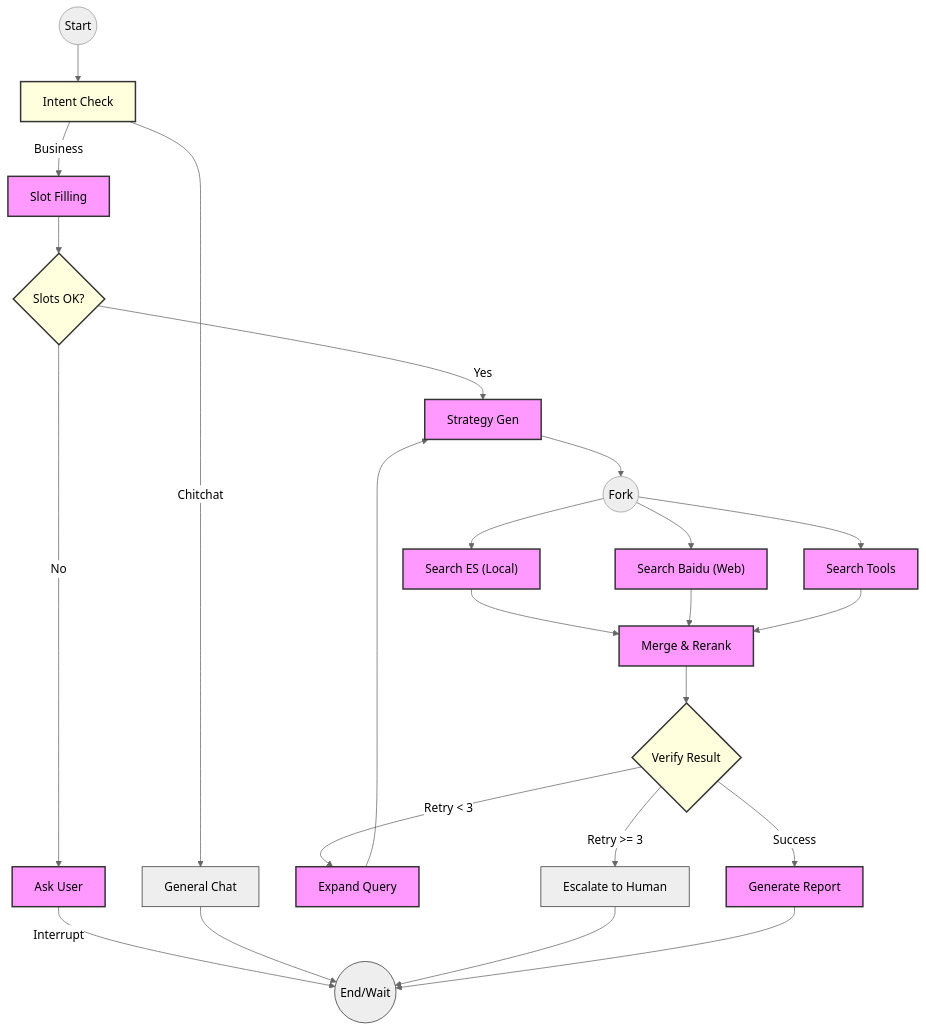
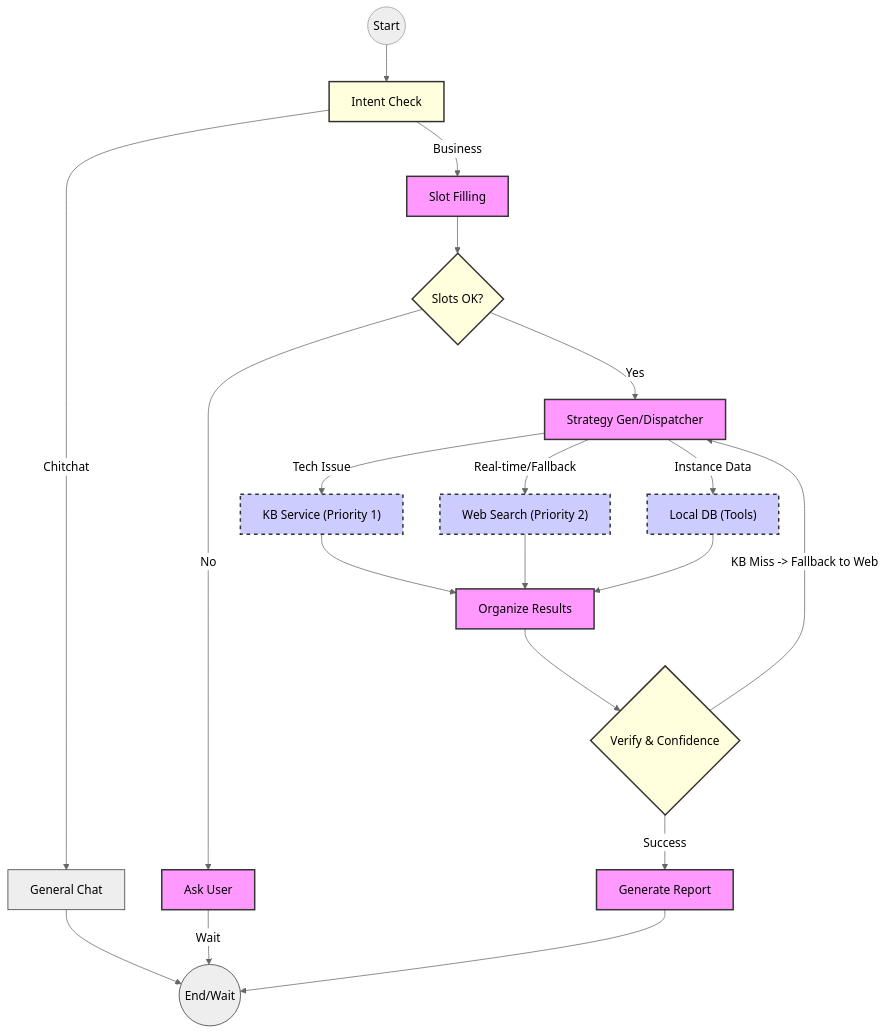
The diagram in backend/app/WORKFLOW_ENGINE_DESIGN.md (deyongTang/its_multi_agent), drawn with Mermaid (neutral theme) before and after one commit. The commit also changed other lines of this file and 81 other files, not shown here.

````diff
--- a/backend/app/WORKFLOW_ENGINE_DESIGN.md
+++ b/backend/app/WORKFLOW_ENGINE_DESIGN.md
@@ -118,47 +67,37 @@
 ```mermaid
 graph TD
     %% 定义节点样式
     classDef action fill:#f9f,stroke:#333,stroke-width:2px;
     classDef check fill:#ffd,stroke:#333,stroke-width:2px;
     classDef endNode fill:#eee,stroke:#333,stroke-width:1px;
+    classDef external fill:#ccf,stroke:#333,stroke-width:2px,stroke-dasharray: 5 5;
 
-    %% 入口与意图
     __start__((Start)) --> node_intent[Intent Check]:::check
     
-    %% 路由分支
     node_intent -- Chitchat --> node_general_chat[General Chat]:::endNode
     node_intent -- Business --> node_slot_filling[Slot Filling]:::action
     
-    %% 槽位循环
     node_slot_filling --> check_slots{Slots OK?}:::check
     check_slots -- No --> node_ask_user[Ask User]:::action
-    node_ask_user -- Interrupt --> __end__((End/Wait)):::endNode
+    node_ask_user -- Wait --> __end__((End/Wait)):::endNode
     
-    %% 策略生成
-    check_slots -- Yes --> node_strategy_gen[Strategy Gen]:::action
+    check_slots -- Yes --> node_strategy_gen[Strategy Gen/Dispatcher]:::action
     
-    %% 并行执行 (Fan-Out)
-    node_strategy_gen --> fork_point((Fork))
-    fork_point --> node_search_es["Search ES (Local)"]:::action
-    fork_point --> node_search_baidu["Search Baidu (Web)"]:::action
-    fork_point --> node_search_tools["Search Tools"]:::action
-    
-    %% 结果汇聚 (Fan-In)
-    node_search_es --> node_merge_rerank[Merge & Rerank]:::action
-    node_search_baidu --> node_merge_rerank
-    node_search_tools --> node_merge_rerank
-    
-    %% 结果校验与重试
-    node_merge_rerank --> node_verify{Verify Result}:::check
-    
-    node_verify -- "Retry < 3" --> node_expand_query[Expand Query]:::action
-    node_expand_query --> node_strategy_gen
-    
-    node_verify -- "Retry >= 3" --> node_escalate[Escalate to Human]:::endNode
+    %% 动态分发路由
+    node_strategy_gen -- "Tech Issue" --> node_search_kb["KB Service (Priority 1)"]:::external
+    node_strategy_gen -- "Real-time/Fallback" --> node_search_web["Web Search (Priority 2)"]:::external
+    node_strategy_gen -- "Instance Data" --> node_search_tools["Local DB (Tools)"]:::external
+
+    %% 结果整理
+    node_search_kb --> node_organize_results[Organize Results]:::action
+    node_search_web --> node_organize_results
+    node_search_tools --> node_organize_results
+
+    node_organize_results --> node_verify{Verify & Confidence}:::check
+
+    node_verify -- "KB Miss -> Fallback to Web" --> node_strategy_gen
     node_verify -- "Success" --> node_generate_report[Generate Report]:::action
     
-    %% 终点
     node_general_chat --> __end__
-    node_escalate --> __end__
     node_generate_report --> __end__
 ```
````
